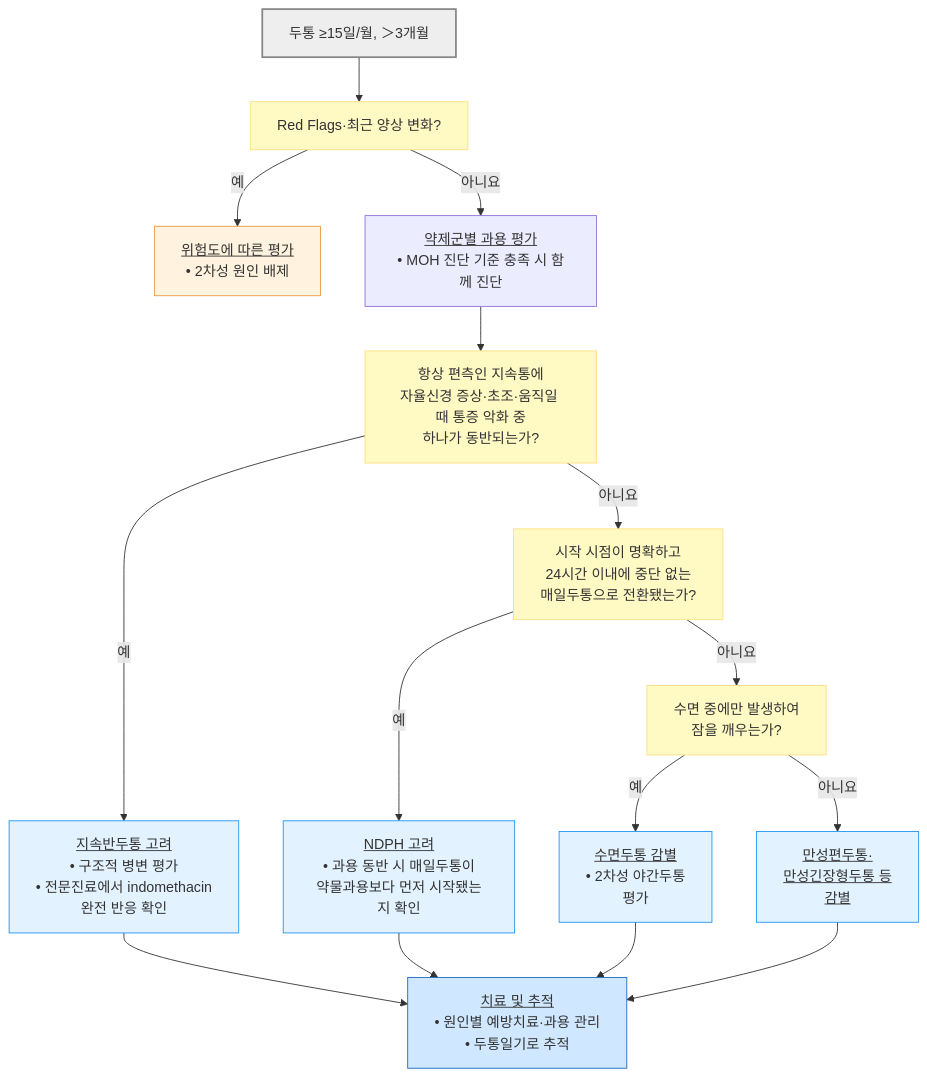
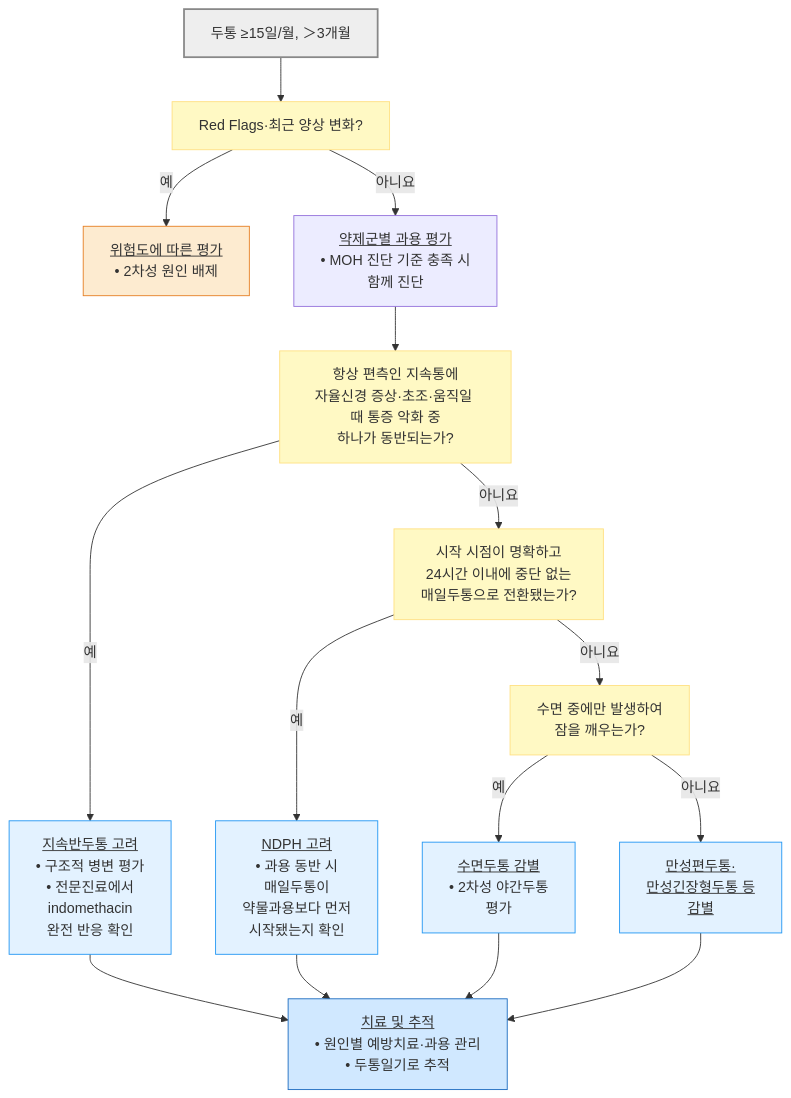
One commit to familyoh77/familyoh77 changed the diagram in 221_/018_-chronic-headache.md. Above: the diagram before and after it, drawn with Mermaid. The commit also changed other lines of this file, not shown here.

````diff
--- a/221_/018_-chronic-headache.md
+++ b/221_/018_-chronic-headache.md
@@ -48,28 +48,27 @@
 ```mermaid
 flowchart TD
     A["두통 ≥15일/월, ＞3개월"] --> B["Red Flags·최근 양상 변화?"]
     B -- "예" --> C["<u>위험도에 따른 평가</u><br/>• 2차성 원인 배제"]
-    B -- "아니요" --> D["<u>약제군별 과용 평가</u><br/>• MOH 진단 기준 충족 시 함께 진단"]
+    B -- "아니요" --> D["<u>약제군별 과용 평가</u><br/>• MOH 진단 기준 충족 시 <br/>함께 진단"]
     D --> E["항상 편측인 지속통에<br/>자율신경 증상·초조·움직일 때 통증 악화 중<br/>하나가 동반되는가?"]
-    E -- "예" --> F["<u>지속반두통 고려</u><br/>• 구조적 병변 평가<br/>• 전문진료에서 indomethacin<br/>완전 반응 확인"]
+    E -- "예" --> F["<u>지속반두통 고려</u><br/>• 구조적 병변 평가<br/>• 전문진료에서 <br/>indomethacin<br/>완전 반응 확인"]
     E -- "아니요" --> G["시작 시점이 명확하고<br/>24시간 이내에 중단 없는 <br/>매일두통으로 전환됐는가?"]
-    G -- "예" --> H["<u>NDPH 고려</u><br/>• 과용 동반 시 매일두통이<br/>약물과용보다 먼저 시작됐는지 확인"]
+    G -- "예" --> H["<u>NDPH 고려</u><br/>• 과용 동반 시 <br/>매일두통이<br/>약물과용보다 먼저 <br/>시작됐는지 확인"]
     G -- "아니요" --> I["수면 중에만 발생하여 <br/>잠을 깨우는가?"]
     I -- "예" --> J["<u>수면두통 감별</u><br/>• 2차성 야간두통 <br/>평가"]
     I -- "아니요" --> K["<u>만성편두통·<br/>만성긴장형두통 등 <br/>감별</u>"]
     F --> L["<u>치료 및 추적</u><br/>• 원인별 예방치료·과용 관리<br/>• 두통일기로 추적"]
     H --> L
     J --> L
     K --> L
 classDef start fill:#eeeeee,stroke:#888888,stroke-width:2px;
 classDef decision fill:#fff9c4,stroke:#ffe082;
-classDef priority fill:#fff3e0,stroke:#e99b45;
+classDef caution fill:#fdebd0,stroke:#e67e22
 classDef care fill:#e3f2ff,stroke:#2196f3;
 classDef followup fill:#d0e8ff,stroke:#1a6abf;
-
 class A start;
 class B,E,G,I decision;
-class C priority;
+class C caution;
 class F,H,J,K care;
 class L followup;
 ```
````
